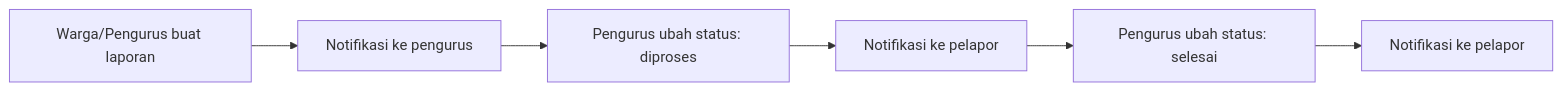
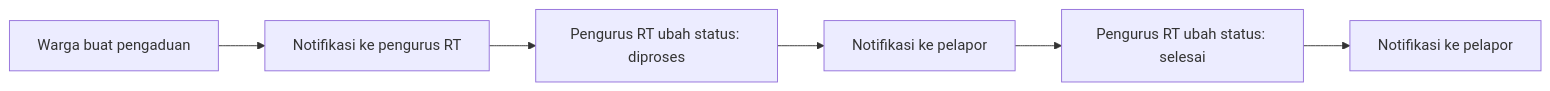
The fifth of 6 diagrams in example-app/my23 Desain Dasar Login.md (HoseajsJ/project-vilt), drawn with Mermaid before and after one commit. The commit also changed other lines of this file and 56 other files, not shown here.

````diff
--- a/example-app/my23 Desain Dasar Login.md
+++ b/example-app/my23 Desain Dasar Login.md
@@ -740,8 +807,8 @@
 ```mermaid
 flowchart LR
-    A[Warga/Pengurus buat laporan] --> B[Notifikasi ke pengurus]
-    B --> C[Pengurus ubah status: diproses]
+    A[Warga buat pengaduan] --> B[Notifikasi ke pengurus RT]
+    B --> C[Pengurus RT ubah status: diproses]
     C --> D[Notifikasi ke pelapor]
-    D --> E[Pengurus ubah status: selesai]
+    D --> E[Pengurus RT ubah status: selesai]
     E --> F[Notifikasi ke pelapor]
 ```
````
